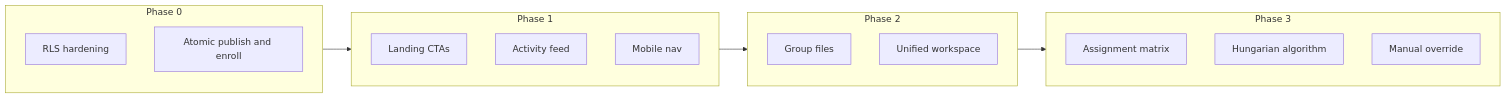
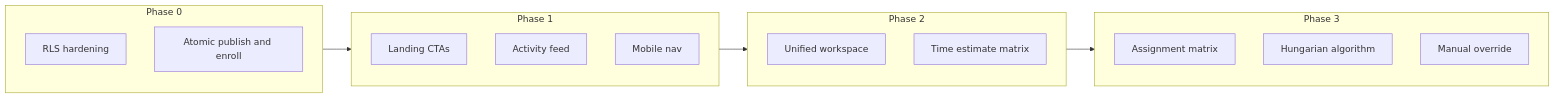
The diagram in .cursor/plans/trippy-tropa-full-prd.md (DAA-Group7/trippy-tropa), drawn with Mermaid before and after one commit. The commit also changed other lines of this file and 14 other files, not shown here.

Commit message:
refactor(tasks): use matrix hours in auto-assign Greedy assignment reads task_time_estimates instead of officer estimated_hours. Auto-assign fails until the matrix is complete.

````diff
--- a/.cursor/plans/trippy-tropa-full-prd.md
+++ b/.cursor/plans/trippy-tropa-full-prd.md
@@ -154,22 +154,22 @@
 ```mermaid
 flowchart LR
   subgraph p0 [Phase 0]
     RLS[RLS hardening]
     Atomic[Atomic publish and enroll]
   end
   subgraph p1 [Phase 1]
     Landing[Landing CTAs]
     Feed[Activity feed]
     MobileNav[Mobile nav]
   end
   subgraph p2 [Phase 2]
-    Files[Group files]
     Workspace[Unified workspace]
+    Estimates[Time estimate matrix]
   end
   subgraph p3 [Phase 3]
     Matrix[Assignment matrix]
     Hungarian[Hungarian algorithm]
     Override[Manual override]
   end
   p0 --> p1 --> p2 --> p3
 ```
````
